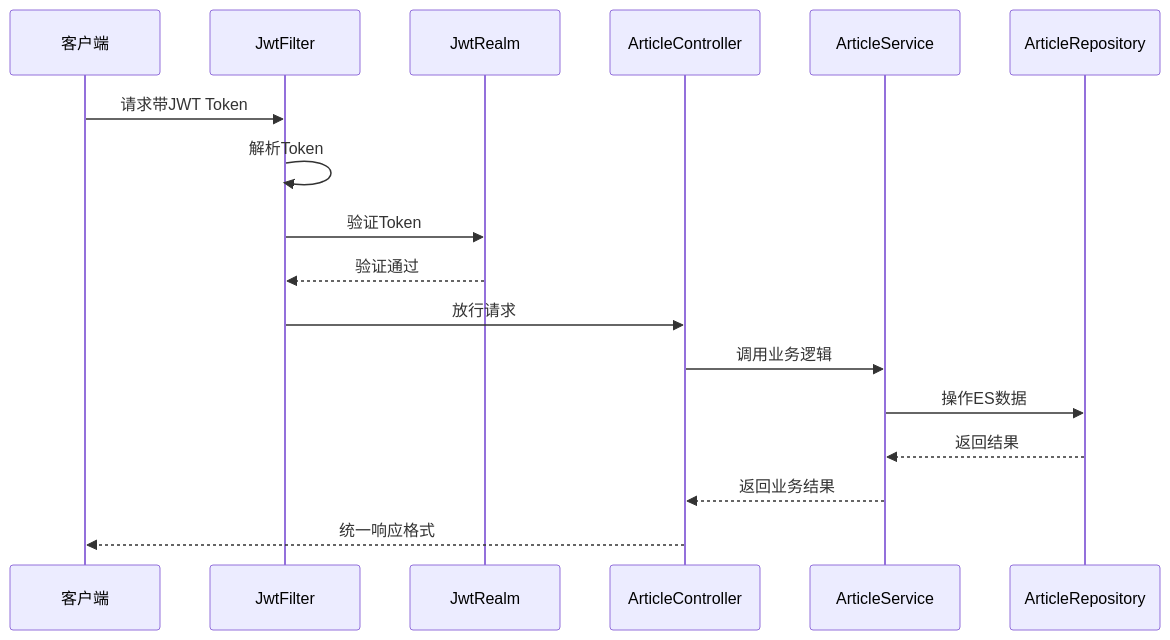
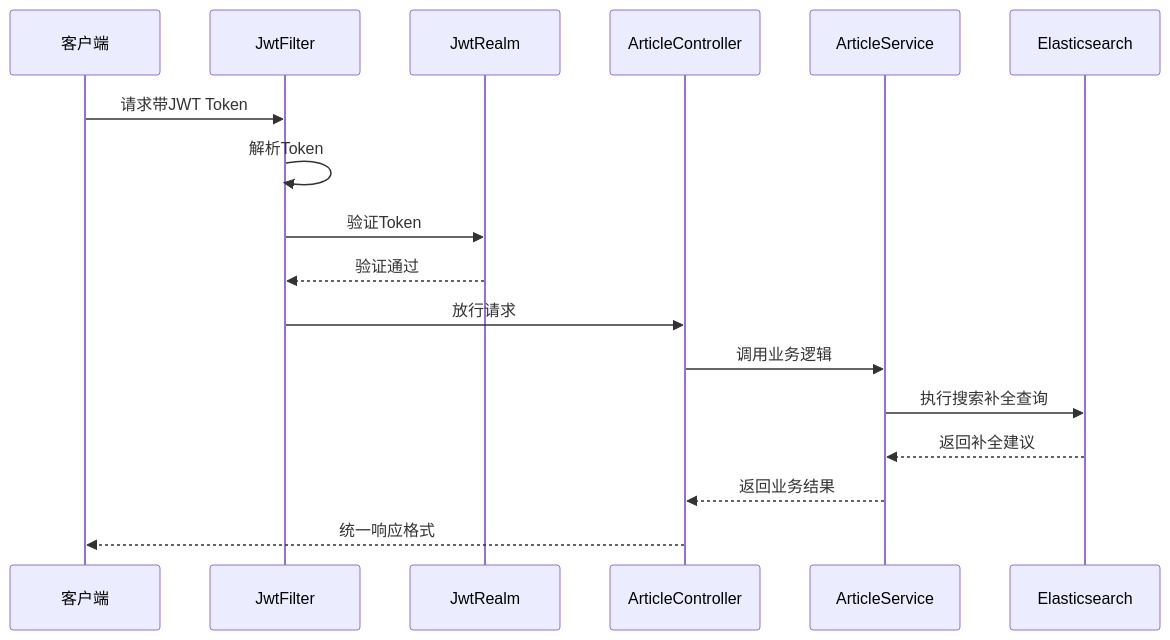
One commit to 20164206160/zhishilu changed the fifth of 9 diagrams in .qoder/repowiki/zh/content/文章内容管理/文章API接口/文章API接口.md. Above: the diagram before and after it, drawn with Mermaid. The commit also changed other lines of this file and 28 other files, not shown here.

````diff
--- a/.qoder/repowiki/zh/content/文章内容管理/文章API接口/文章API接口.md
+++ b/.qoder/repowiki/zh/content/文章内容管理/文章API接口/文章API接口.md
@@ -138,19 +182,19 @@
 ```mermaid
 sequenceDiagram
 participant Client as 客户端
 participant Filter as JwtFilter
 participant Realm as JwtRealm
 participant Controller as ArticleController
 participant Service as ArticleService
-participant Repo as ArticleRepository
+participant ES as Elasticsearch
 Client->>Filter : 请求带JWT Token
 Filter->>Filter : 解析Token
 Filter->>Realm : 验证Token
 Realm-->>Filter : 验证通过
 Filter->>Controller : 放行请求
 Controller->>Service : 调用业务逻辑
-Service->>Repo : 操作ES数据
-Repo-->>Service : 返回结果
+Service->>ES : 执行搜索补全查询
+ES-->>Service : 返回补全建议
 Service-->>Controller : 返回业务结果
 Controller-->>Client : 统一响应格式
 ```
````
